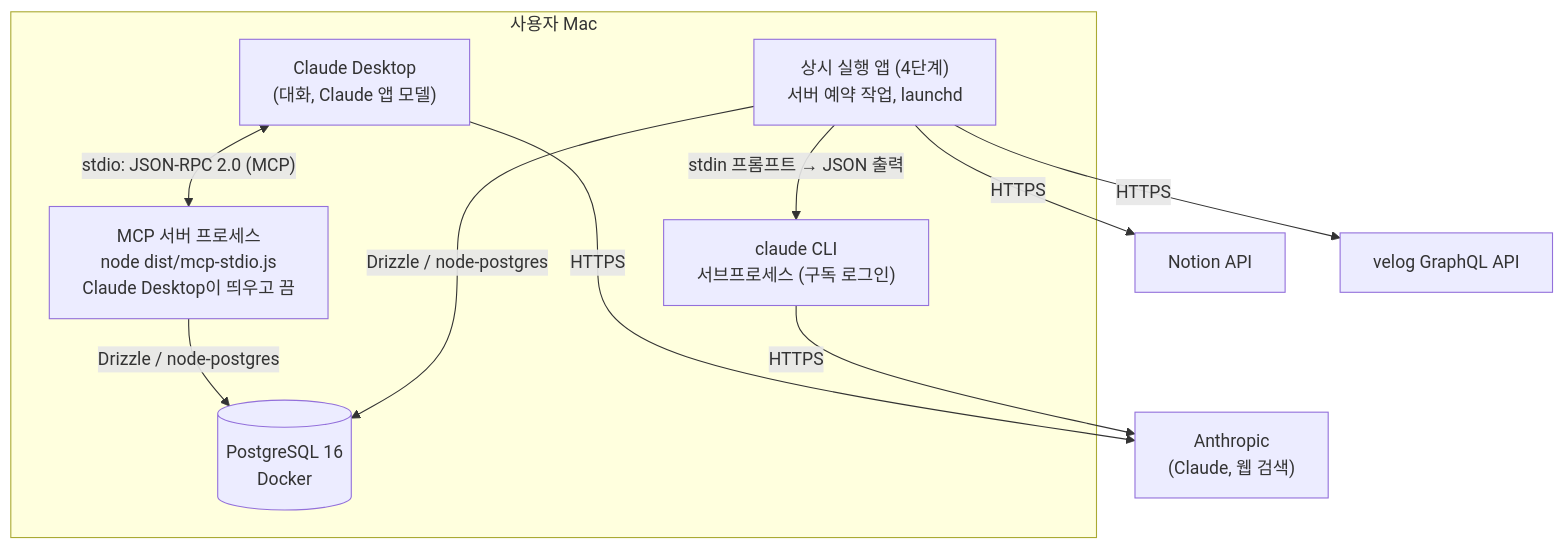
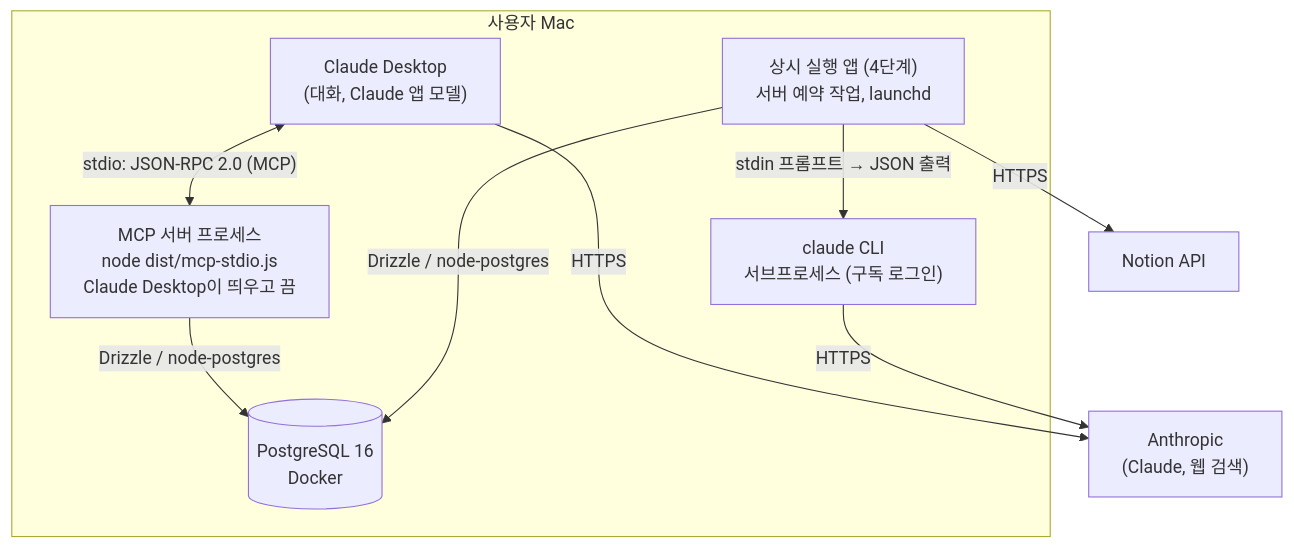
The diagram in docs/architecture/c4-2-container.md (Wonchang0314/growth-assistant), drawn with Mermaid before and after one commit. The commit also changed 10 other files, not shown here.

````diff
--- a/docs/architecture/c4-2-container.md
+++ b/docs/architecture/c4-2-container.md
@@ -5,22 +5,20 @@
 ```mermaid
 flowchart TB
     notion["Notion API"]
-    velog["velog GraphQL API"]
 
     subgraph mac["사용자 Mac"]
         desktop["Claude Desktop<br/>(대화, Claude 앱 모델)"]
         mcpProc["MCP 서버 프로세스<br/>node dist/mcp-stdio.js<br/>Claude Desktop이 띄우고 끔"]
         app["상시 실행 앱 (4단계)<br/>서버 예약 작업, launchd"]
         db[("PostgreSQL 16<br/>Docker")]
         cli["claude CLI<br/>서브프로세스 (구독 로그인)"]
     end
 
     desktop <-- "stdio: JSON-RPC 2.0 (MCP)" --> mcpProc
     desktop -- "HTTPS" --> anthropic
     mcpProc -- "Drizzle / node-postgres" --> db
     app -- "Drizzle / node-postgres" --> db
     app -- "stdin 프롬프트 → JSON 출력" --> cli
     cli -- "HTTPS" --> anthropic["Anthropic<br/>(Claude, 웹 검색)"]
     app -- "HTTPS" --> notion
-    app -- "HTTPS" --> velog
 ```
````
